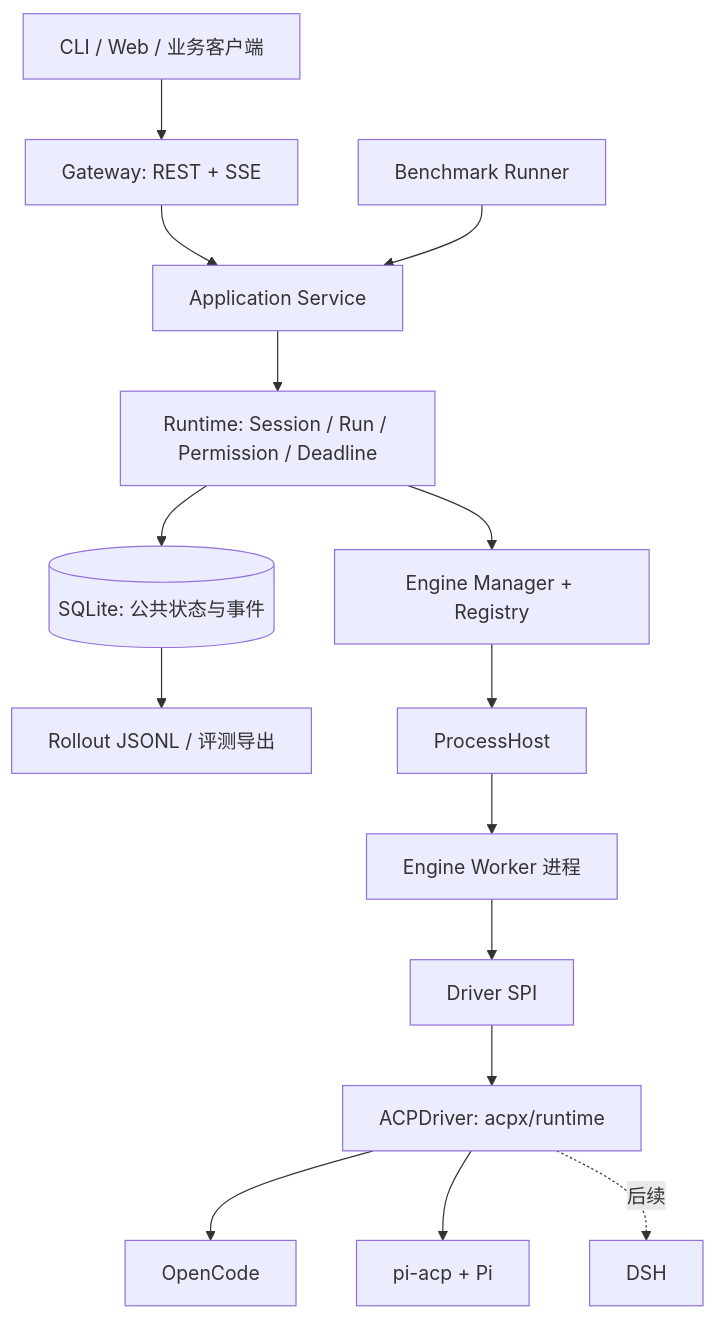
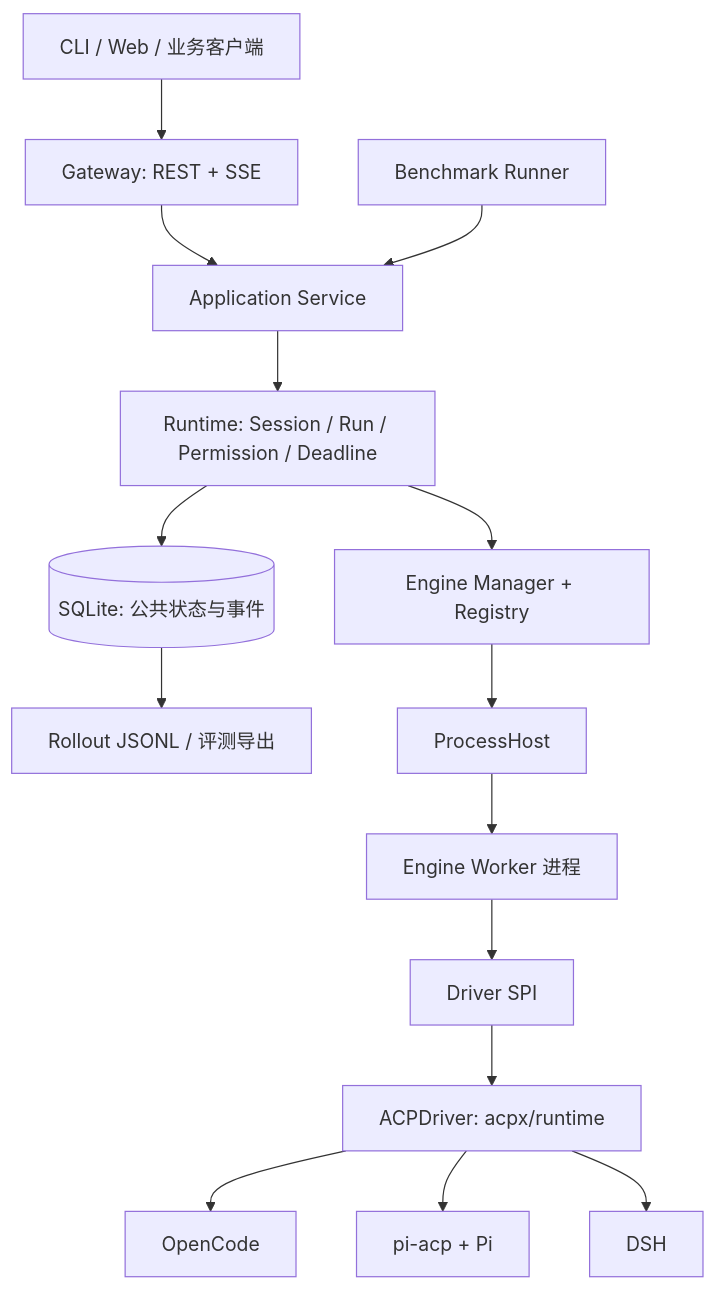
One commit to wyzz973/HarnessHub changed the diagram in DESIGN.md. Above: the diagram before and after it, drawn with Mermaid. The commit also changed other lines of this file and 67 other files, not shown here.

````diff
--- a/DESIGN.md
+++ b/DESIGN.md
@@ -50,17 +50,17 @@
 ```mermaid
 flowchart TD
   C[CLI / Web / 业务客户端] --> G[Gateway: REST + SSE]
   G --> A[Application Service]
   B[Benchmark Runner] --> A
   A --> R[Runtime: Session / Run / Permission / Deadline]
   R --> S[(SQLite: 公共状态与事件)]
   S --> X[Rollout JSONL / 评测导出]
   R --> E[Engine Manager + Registry]
   E --> P[ProcessHost]
   P --> W[Engine Worker 进程]
   W --> D[Driver SPI]
   D --> ACP[ACPDriver: acpx/runtime]
   ACP --> O[OpenCode]
   ACP --> PI[pi-acp + Pi]
-  ACP -. 后续 .-> DSH[DSH]
+  ACP --> DSH[DSH]
 ```
````
